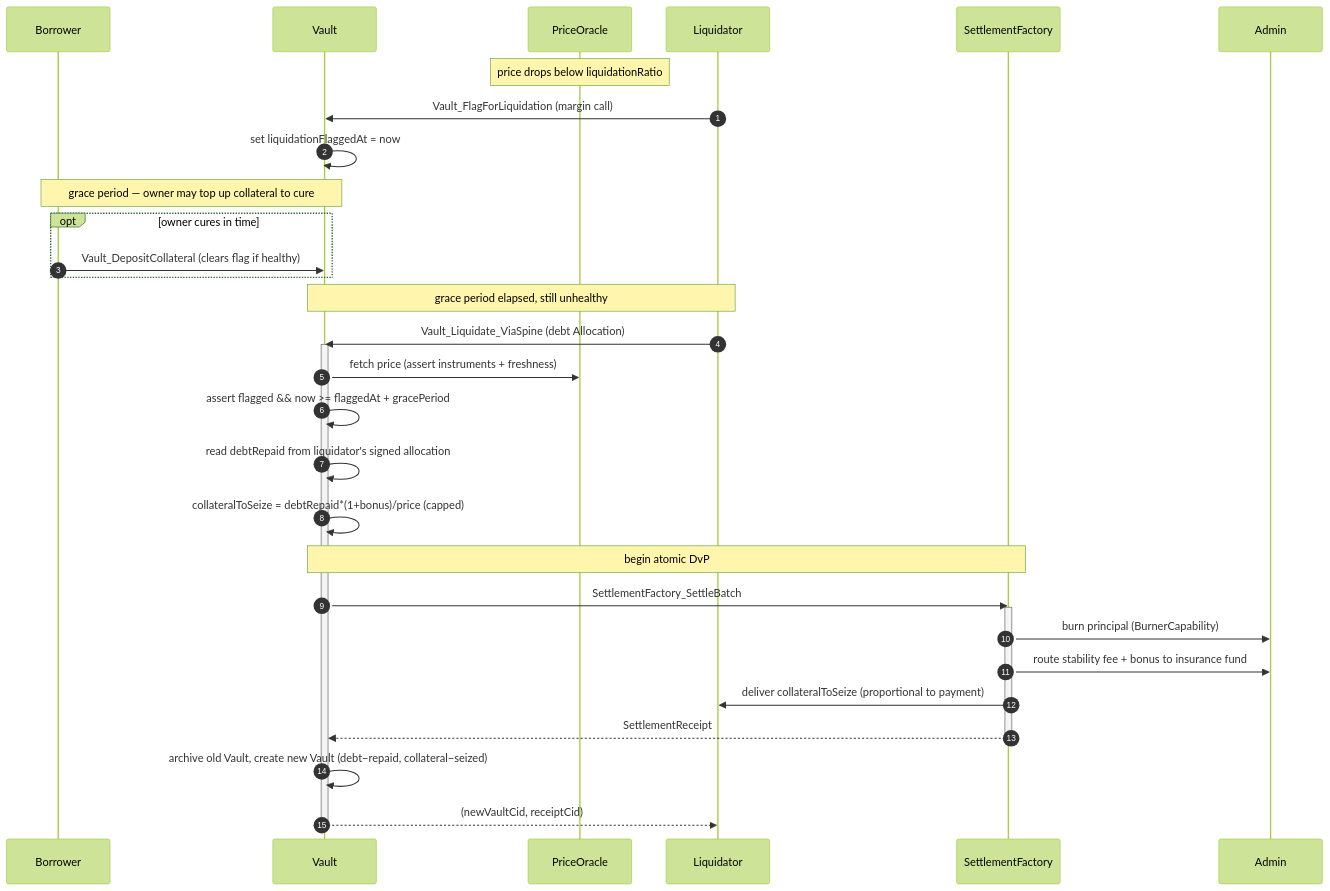
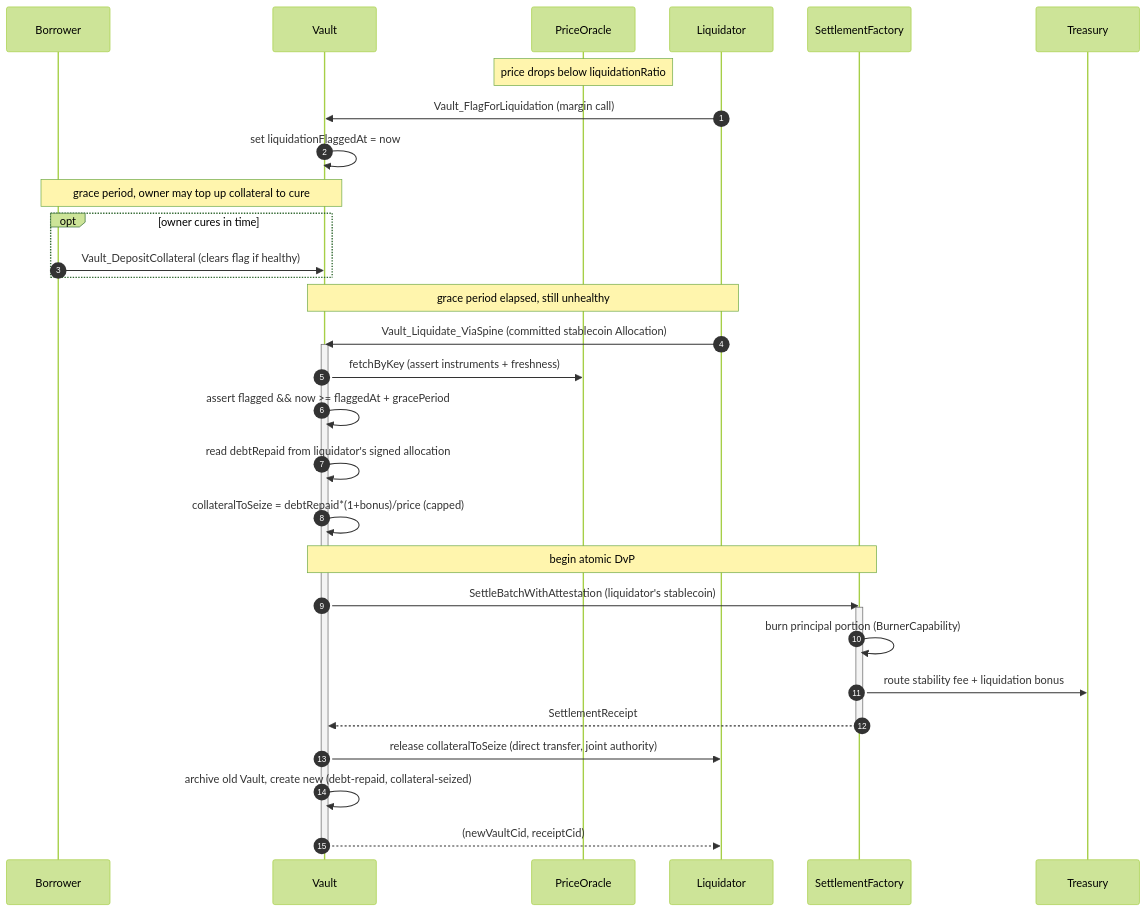
The fifth of 5 diagrams in docs/ri-reports/02-lending.md (OpenZeppelin/canton-specs), drawn with Mermaid (forest theme) before and after one commit. The commit also changed other lines of this file, not shown here.

````diff
--- a/docs/ri-reports/02-lending.md
+++ b/docs/ri-reports/02-lending.md
@@ -847,36 +233,36 @@
 ```mermaid
 sequenceDiagram
     autonumber
     participant B as Borrower
     participant V as Vault
     participant O as PriceOracle
     participant L as Liquidator
     participant SF as SettlementFactory
-    participant A as Admin
+    participant T as Treasury
 
     note over O: price drops below liquidationRatio
     L->>V: Vault_FlagForLiquidation (margin call)
     V->>V: set liquidationFlaggedAt = now
-    note over B,V: grace period — owner may top up collateral to cure
+    note over B,V: grace period, owner may top up collateral to cure
     opt owner cures in time
         B->>V: Vault_DepositCollateral (clears flag if healthy)
     end
     note over L,V: grace period elapsed, still unhealthy
-    L->>V: Vault_Liquidate_ViaSpine (debt Allocation)
+    L->>V: Vault_Liquidate_ViaSpine (committed stablecoin Allocation)
     activate V
-    V->>O: fetch price (assert instruments + freshness)
+    V->>O: fetchByKey (assert instruments + freshness)
     V->>V: assert flagged && now >= flaggedAt + gracePeriod
     V->>V: read debtRepaid from liquidator's signed allocation
     V->>V: collateralToSeize = debtRepaid*(1+bonus)/price (capped)
     note over V,SF: begin atomic DvP
-    V->>SF: SettlementFactory_SettleBatch
+    V->>SF: SettleBatchWithAttestation (liquidator's stablecoin)
     activate SF
-    SF->>A: burn principal (BurnerCapability)
-    SF->>A: route stability fee + bonus to insurance fund
-    SF->>L: deliver collateralToSeize (proportional to payment)
+    SF->>SF: burn principal portion (BurnerCapability)
+    SF->>T: route stability fee + liquidation bonus
     SF-->>V: SettlementReceipt
     deactivate SF
-    V->>V: archive old Vault, create new Vault (debt−repaid, collateral−seized)
+    V->>L: release collateralToSeize (direct transfer, joint authority)
+    V->>V: archive old Vault, create new (debt-repaid, collateral-seized)
     V-->>L: (newVaultCid, receiptCid)
     deactivate V
 ```
````
